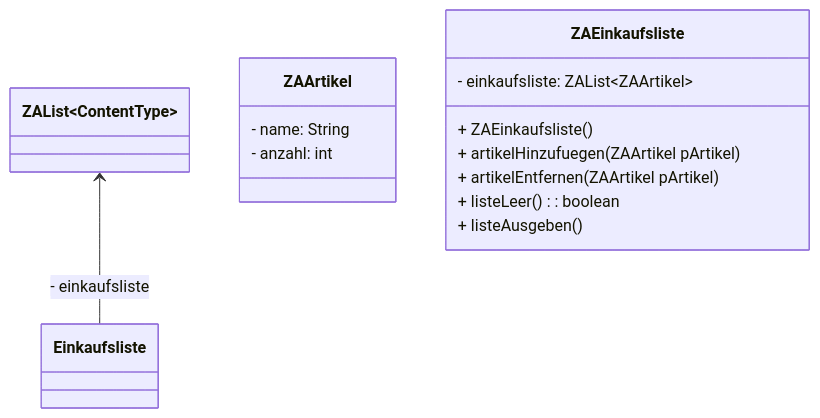
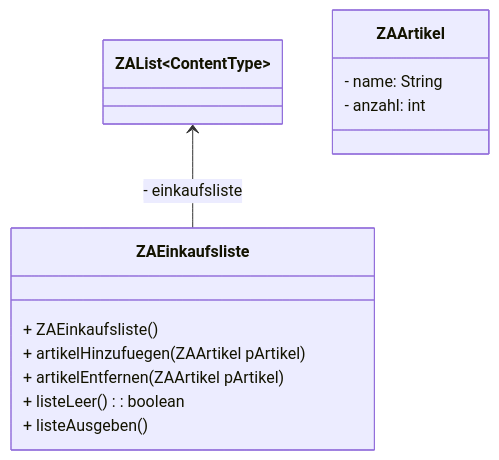
One commit to rueckertgym/begleitmaterial changed the first of 2 diagrams in book/lineareDatenstrukturen/loesungen/s74nr1List.md. Above: the diagram before and after it, drawn with Mermaid. The commit also changed other lines of this file, not shown here.

````diff
--- a/book/lineareDatenstrukturen/loesungen/s74nr1List.md
+++ b/book/lineareDatenstrukturen/loesungen/s74nr1List.md
@@ -12,23 +14,21 @@
 ```mermaid
 classDiagram
     
-    ZAList~ContentType~ <-- Einkaufsliste: - einkaufsliste
+    ZAList~ContentType~ <-- ZAEinkaufsliste: - einkaufsliste
     
     class ZAArtikel{
     - name: String
     - anzahl: int 
     }
     
-
     class ZAEinkaufsliste{
-
-      - einkaufsliste: ZAList~ZAArtikel~
+    
       + ZAEinkaufsliste()
       + artikelHinzufuegen(ZAArtikel pArtikel)
       + artikelEntfernen(ZAArtikel pArtikel)
       + listeLeer(): boolean
       + listeAusgeben()
     
     }
   
 ```
````
